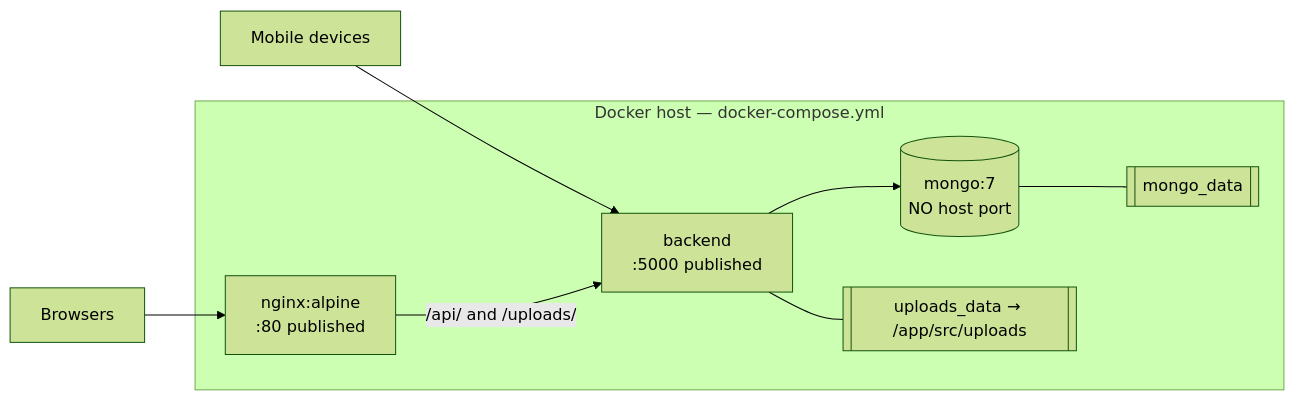
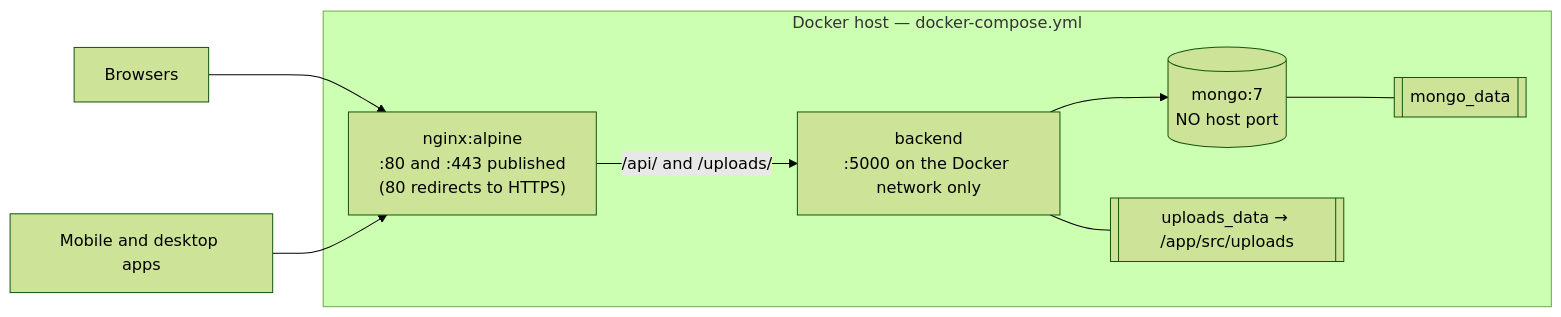
The fourth of 5 diagrams in OfflineSchoolApp/docs/02-architecture.md (Kuumernest/OfflineSchoolApp), drawn with Mermaid (forest theme) before and after one commit. The commit also changed 10 other files, not shown here.

First line of the commit message:
fix(deploy): close the backend's port 5000; nginx serves HTTPS with Let's Encrypt

````diff
--- a/OfflineSchoolApp/docs/02-architecture.md
+++ b/OfflineSchoolApp/docs/02-architecture.md
@@ -140,16 +140,16 @@
 ```mermaid
 graph LR
     subgraph host["Docker host — docker-compose.yml"]
-        NG["nginx:alpine<br/>:80 published"]
-        BE["backend<br/>:5000 published"]
+        NG["nginx:alpine<br/>:80 and :443 published<br/>(80 redirects to HTTPS)"]
+        BE["backend<br/>:5000 on the Docker network only"]
         MG[("mongo:7<br/>NO host port")]
         V1[["mongo_data"]]
         V2[["uploads_data → /app/src/uploads"]]
     end
     BR["Browsers"] --> NG
-    DV["Mobile devices"] --> BE
+    DV["Mobile and desktop apps"] --> NG
     NG -- "/api/ and /uploads/" --> BE
     BE --> MG
     MG --- V1
     BE --- V2
 ```
````
